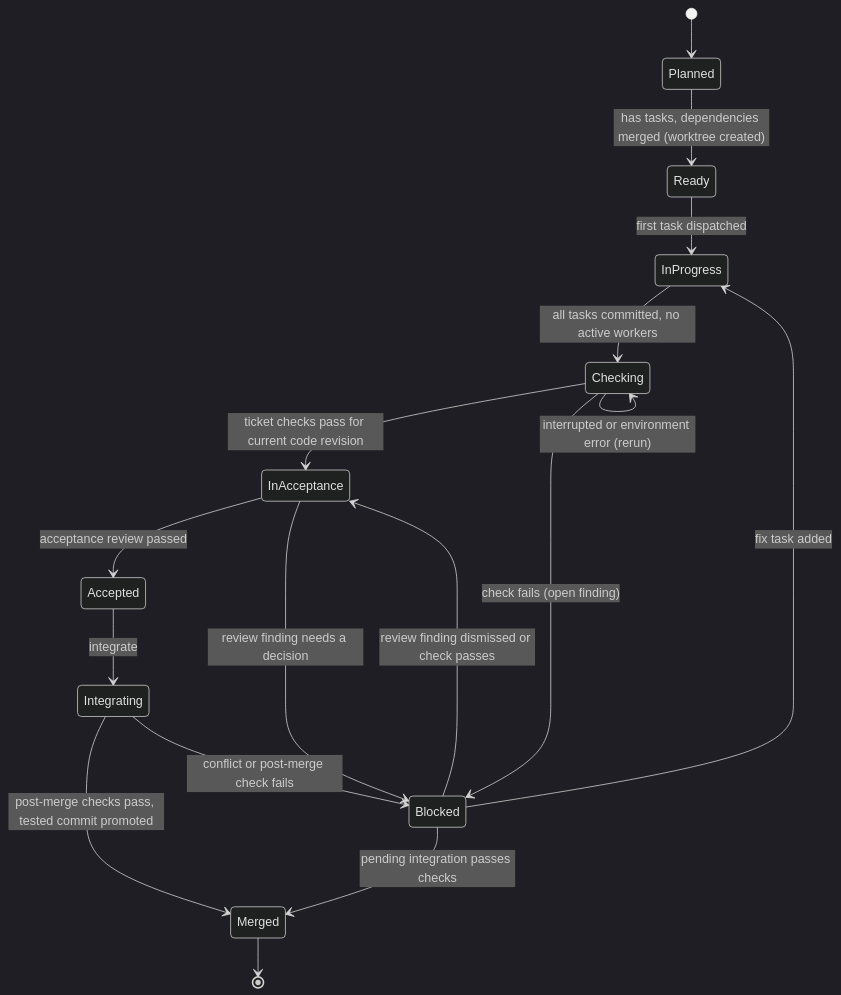
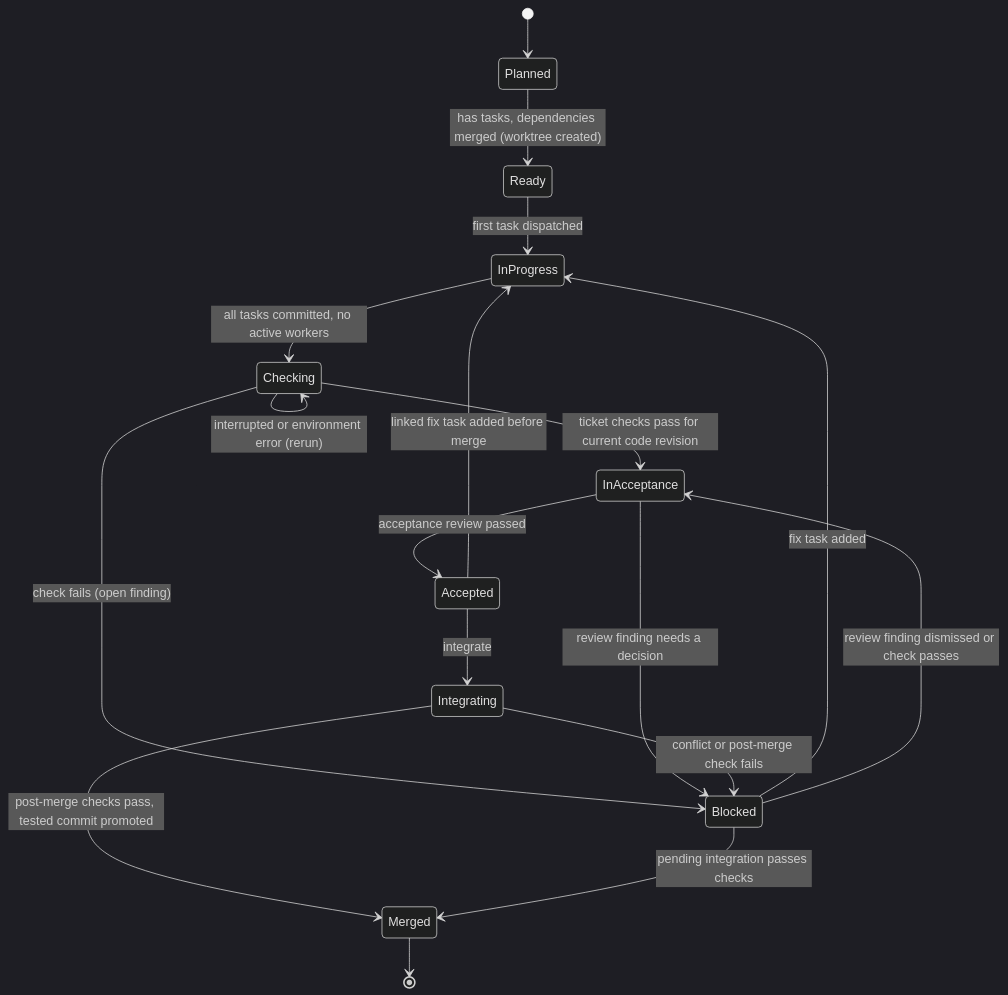
One commit to UseTheFork/spindle changed the fifth of 7 diagrams in SDD-WORKFLOWS.md. Above: the diagram before and after it, drawn with Mermaid (dark theme). The commit also changed other lines of this file, not shown here.

````diff
--- a/SDD-WORKFLOWS.md
+++ b/SDD-WORKFLOWS.md
@@ -257,19 +261,20 @@
 ```mermaid
 stateDiagram-v2
     [*] --> Planned
     Planned --> Ready: has tasks, dependencies merged (worktree created)
     Ready --> InProgress: first task dispatched
     InProgress --> Checking: all tasks committed, no active workers
     Checking --> InAcceptance: ticket checks pass for current code revision
     Checking --> Blocked: check fails (open finding)
     Checking --> Checking: interrupted or environment error (rerun)
     InAcceptance --> Accepted: acceptance review passed
     InAcceptance --> Blocked: review finding needs a decision
     Accepted --> Integrating: integrate
+    Accepted --> InProgress: linked fix task added before merge
     Integrating --> Merged: post-merge checks pass, tested commit promoted
     Integrating --> Blocked: conflict or post-merge check fails
     Blocked --> InProgress: fix task added
     Blocked --> InAcceptance: review finding dismissed or check passes
     Blocked --> Merged: pending integration passes checks
     Merged --> [*]
 ```
````
